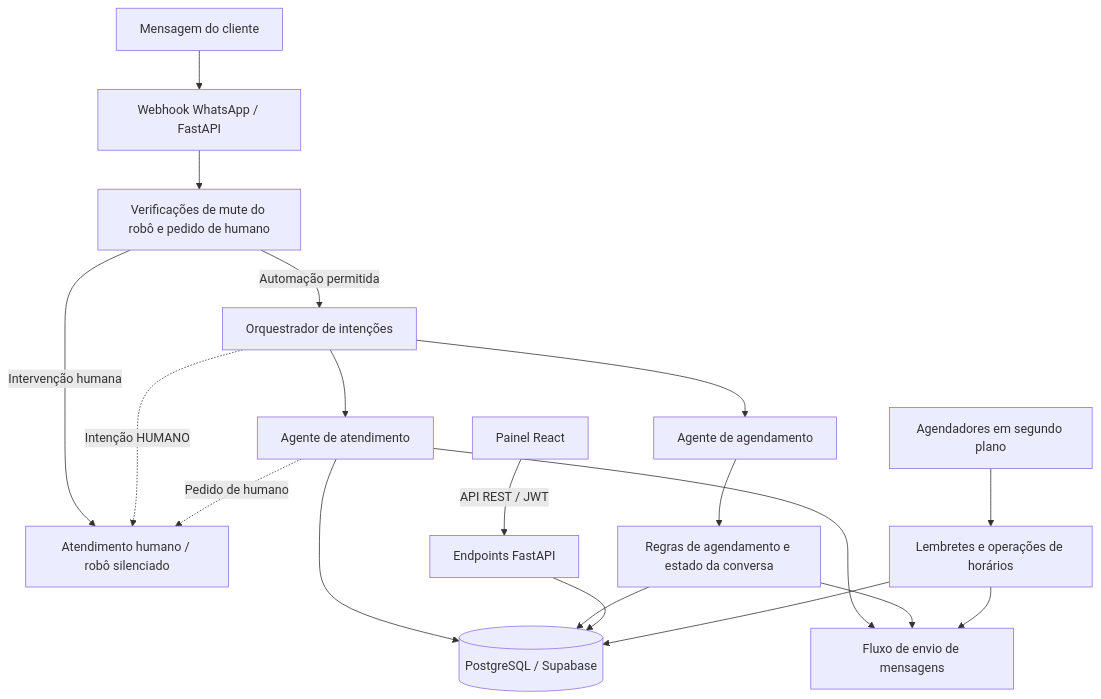
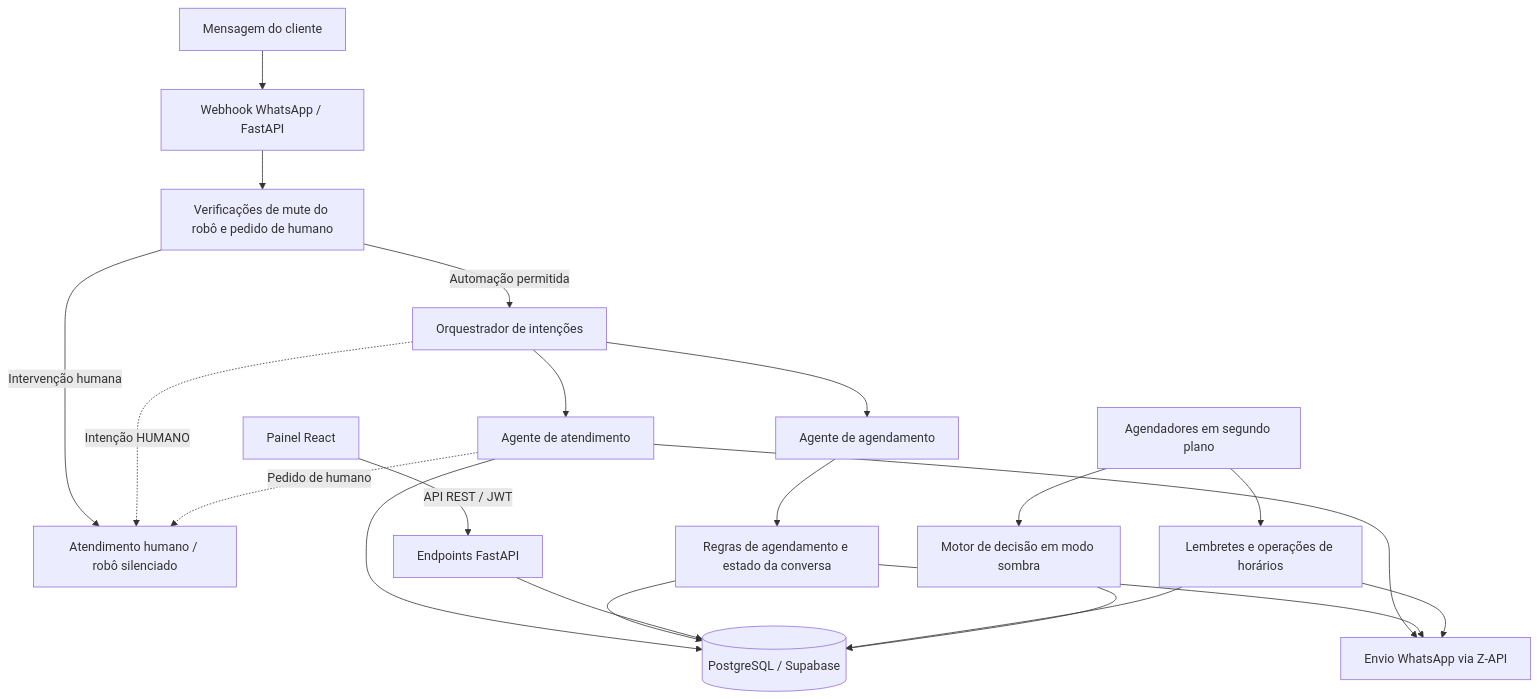
Before and after one commit to NeusaM21/nexmagni-flow: the first of 3 diagrams in README.pt-BR.md, drawn with Mermaid. The commit also changed other lines of this file and 1 other file, not shown here.

````diff
--- a/README.pt-BR.md
+++ b/README.pt-BR.md
@@ -47,21 +73,23 @@
 ```mermaid
 flowchart TD
     C[Mensagem do cliente] --> W[Webhook WhatsApp / FastAPI]
     W --> H[Verificações de mute do robô e pedido de humano]
     H -->|Automação permitida| O[Orquestrador de intenções]
     H -->|Intervenção humana| HUMAN[Atendimento humano / robô silenciado]
     O --> S[Agente de atendimento]
     O --> A[Agente de agendamento]
     O -.->|Intenção HUMANO| HUMAN
     S -.->|Pedido de humano| HUMAN
     A --> D[Regras de agendamento e estado da conversa]
     S --> DB[(PostgreSQL / Supabase)]
     D --> DB
-    S --> SEND[Fluxo de envio de mensagens]
+    S --> SEND[Envio WhatsApp via Z-API]
     D --> SEND
     DASH[Painel React] -->|API REST / JWT| API[Endpoints FastAPI]
     API --> DB
     JOBS[Agendadores em segundo plano] --> REM[Lembretes e operações de horários]
     REM --> DB
     REM --> SEND
+    JOBS --> ENG[Motor de decisão em modo sombra]
+    ENG --> DB
 ```
````
